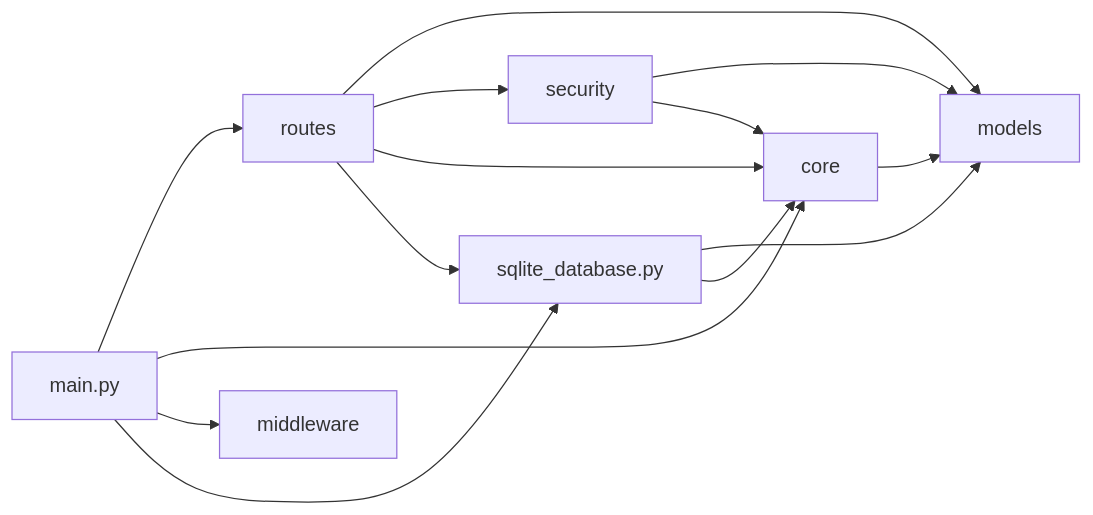
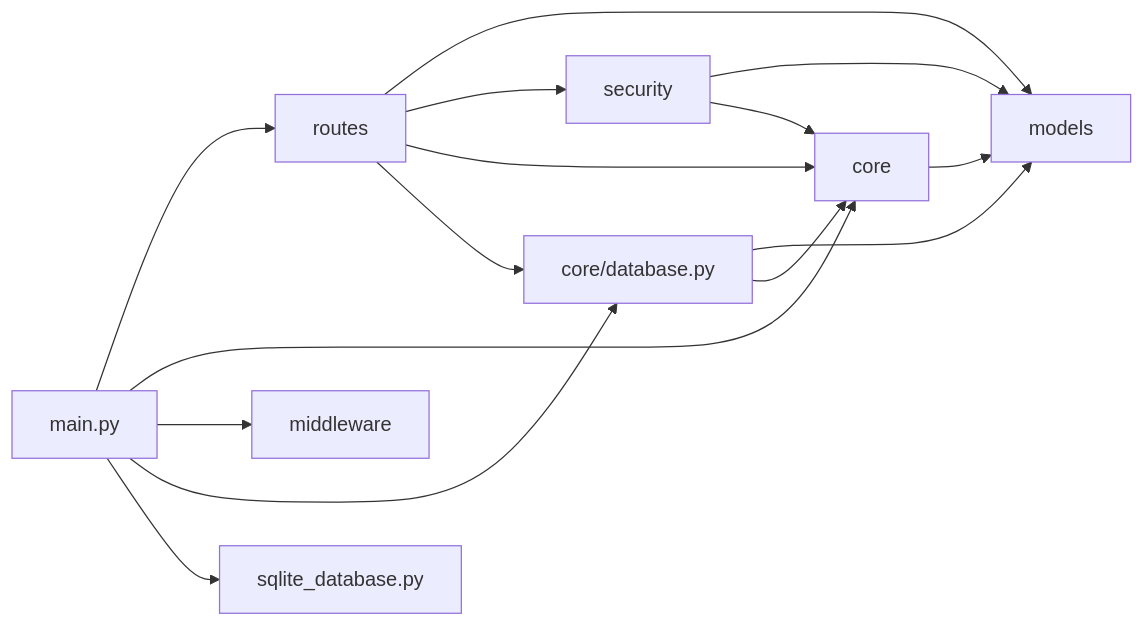
Before and after one commit to johnscottini/jonathan_pedro_vitor_daniel_tp3: the diagram in README.md, drawn with Mermaid. The commit also changed other lines of this file and 3 other files, not shown here.

````diff
--- a/README.md
+++ b/README.md
@@ -99,18 +101,19 @@
 ```mermaid
 flowchart LR
     main[main.py] --> routes
     main --> core
     main --> middleware
-    main --> db[sqlite_database.py]
+    main --> db[core/database.py]
+    main --> seed[sqlite_database.py]
 
     routes --> models
     routes --> security
     routes --> core
     routes --> db
 
     security --> models
     security --> core
     db --> models
     db --> core
     core --> models
 ```
````
